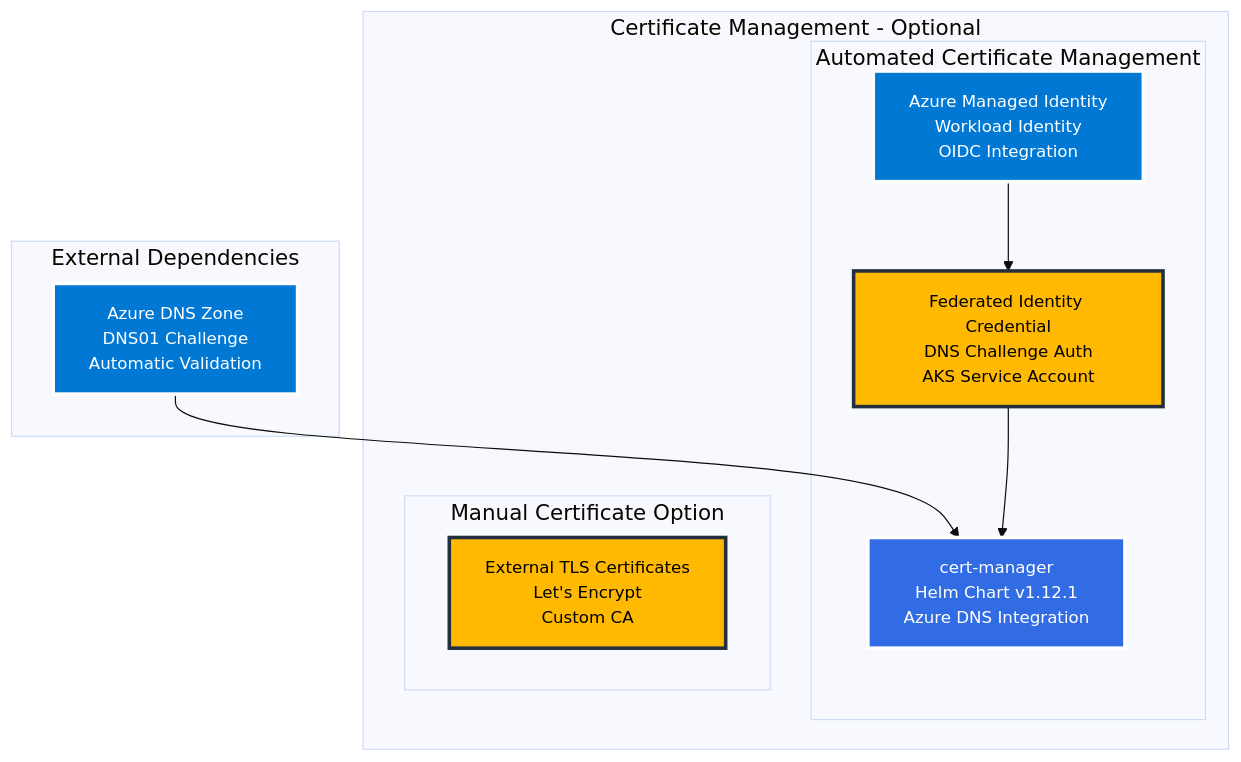
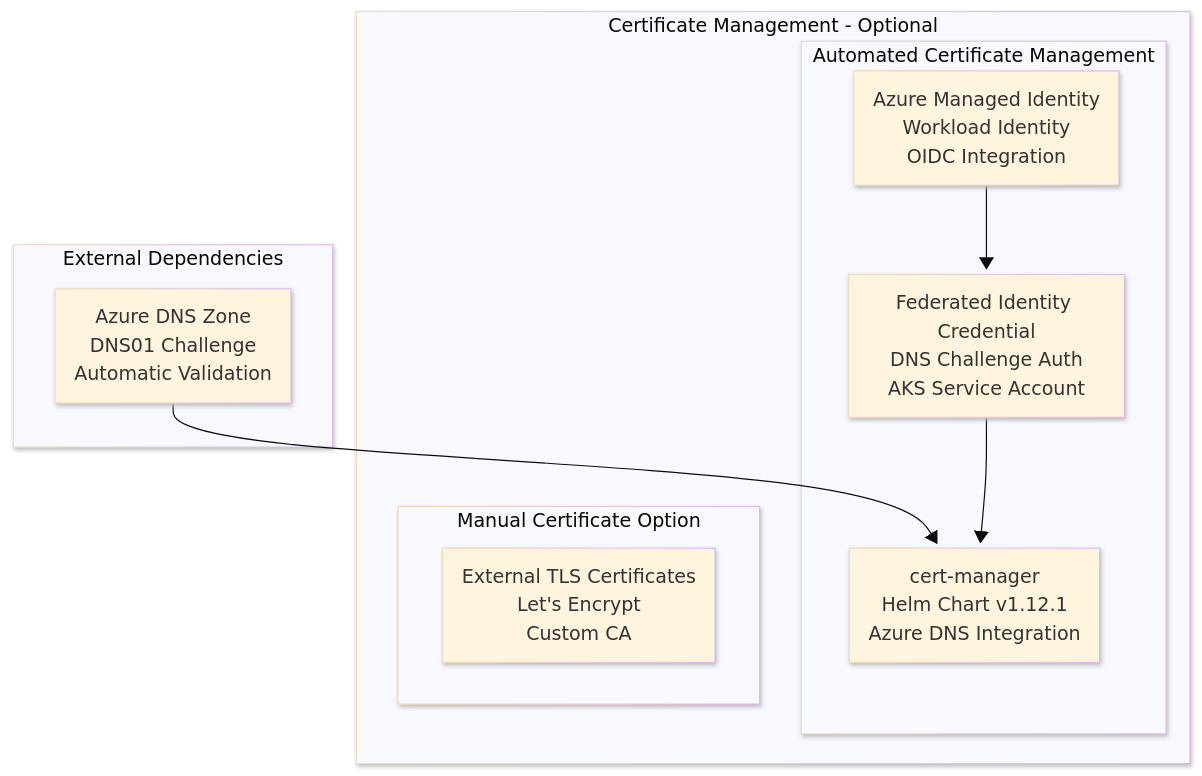
Before and after one commit to pulumi/pulumi-self-hosted-installers: the diagram in aks-hosted/diagrams/05-cert-management.mmd, drawn with Mermaid. The commit also changed 55 other files, not shown here.

```diff
--- a/aks-hosted/diagrams/05-cert-management.mmd
+++ b/aks-hosted/diagrams/05-cert-management.mmd
@@ -1,27 +1,31 @@
-%%{init: {'theme':'base', 'themeVariables': {'fontSize': '18px', 'fontFamily': 'Arial, sans-serif'}}}%%
+---
+config:
+  look: neo
+  theme: base
+---
 graph TD
-    classDef security fill:#FFB900,stroke:#232F3E,stroke-width:3px,color:#000000,font-size:14px
-    classDef azure fill:#0078D4,stroke:#FFFFFF,stroke-width:3px,color:#FFFFFF,font-size:14px
-    classDef k8s fill:#326CE5,stroke:#FFFFFF,stroke-width:3px,color:#FFFFFF,font-size:14px
+    classDef security fill:#FFB900,stroke:#f7bf2a,stroke-width:4px,color:#000000
+    classDef azure fill:#0078D4,stroke:#FFFFFF,stroke-width:4px,color:#FFFFFF
+    classDef k8s fill:#4d5bd9,stroke:#FFFFFF,stroke-width:4px,color:#FFFFFF
     
     subgraph CERT["Certificate Management - Optional"]
         subgraph AUTO["Automated Certificate Management"]
-            CERT_MANAGER[cert-manager<br/>Helm Chart v1.12.1<br/>Azure DNS Integration]:::k8s
+            CERT_MANAGER[cert-manager<br/>Helm Chart v1.12.1<br/>Azure DNS Integration]:::k8sService
             
-            MANAGED_ID[Azure Managed Identity<br/>Workload Identity<br/>OIDC Integration]:::azure
+            MANAGED_ID[Azure Managed Identity<br/>Workload Identity<br/>OIDC Integration]:::azureInfra
             
-            FED_CRED[Federated Identity Credential<br/>DNS Challenge Auth<br/>AKS Service Account]:::security
+            FED_CRED[Federated Identity Credential<br/>DNS Challenge Auth<br/>AKS Service Account]:::azureSecure
         end
         
         subgraph MANUAL["Manual Certificate Option"]
-            TLS_MANUAL[External TLS Certificates<br/>Let's Encrypt<br/>Custom CA]:::security
+            TLS_MANUAL[External TLS Certificates<br/>Let's Encrypt<br/>Custom CA]:::azureSecure
         end
     end
     
     subgraph EXT["External Dependencies"]
-        DNS_ZONE[Azure DNS Zone<br/>DNS01 Challenge<br/>Automatic Validation]:::azure
+        DNS_ZONE[Azure DNS Zone<br/>DNS01 Challenge<br/>Automatic Validation]:::azureInfra
     end
     
     DNS_ZONE --> CERT_MANAGER
     MANAGED_ID --> FED_CRED
     FED_CRED --> CERT_MANAGER
```
